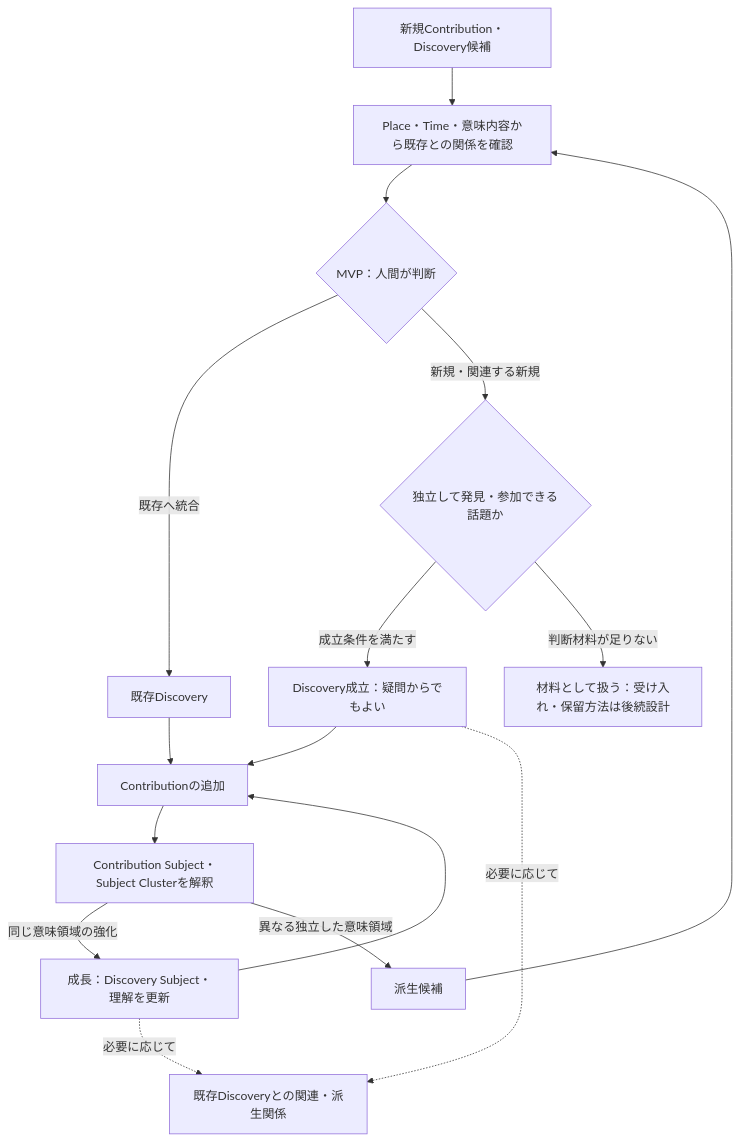
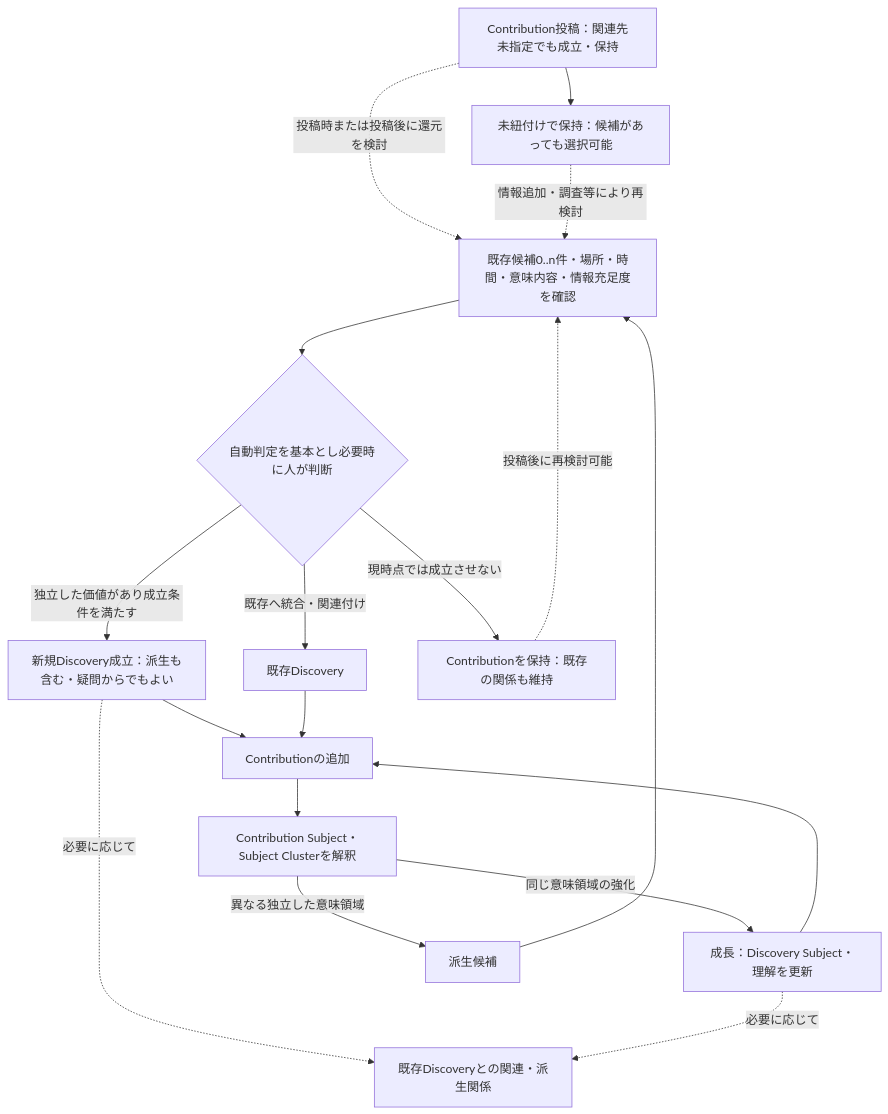
One commit to ex-day/platform changed the second of 6 diagrams in docs/ex-day_domain_model.md. Above: the diagram before and after it, drawn with Mermaid. The commit also changed other lines of this file and 2 other files, not shown here.

````diff
--- a/docs/ex-day_domain_model.md
+++ b/docs/ex-day_domain_model.md
@@ -217,18 +232,21 @@
 ```mermaid
 flowchart TD
-    I["新規Contribution・Discovery候補"] --> R["Place・Time・意味内容から既存との関係を確認"]
-    R --> H{"MVP：人間が判断"}
-    H -->|既存へ統合| D["既存Discovery"]
-    H -->|新規・関連する新規| E{"独立して発見・参加できる話題か"}
-    E -->|成立条件を満たす| N["Discovery成立：疑問からでもよい"]
-    E -->|判断材料が足りない| P["材料として扱う：受け入れ・保留方法は後続設計"]
+    I["Contribution投稿：関連先未指定でも成立・保持"]
+    I --> P["未紐付けで保持：候補があっても選択可能"]
+    I -.->|投稿時または投稿後に還元を検討| R["既存候補0..n件・場所・時間・意味内容・情報充足度を確認"]
+    P -.->|情報追加・調査等により再検討| R
+    R --> H{"自動判定を基本とし必要時に人が判断"}
+    H -->|既存へ統合・関連付け| D["既存Discovery"]
+    H -->|独立した価値があり成立条件を満たす| N["新規Discovery成立：派生も含む・疑問からでもよい"]
+    H -->|現時点では成立させない| K["Contributionを保持：既存の関係も維持"]
+    K -.->|投稿後に再検討可能| R
     N --> C["Contributionの追加"]
     D --> C
     C --> S["Contribution Subject・Subject Clusterを解釈"]
     S -->|同じ意味領域の強化| G["成長：Discovery Subject・理解を更新"]
     G --> C
     S -->|異なる独立した意味領域| B["派生候補"]
     B --> R
     N -.->|必要に応じて| L["既存Discoveryとの関連・派生関係"]
     G -.->|必要に応じて| L
 ```
````
